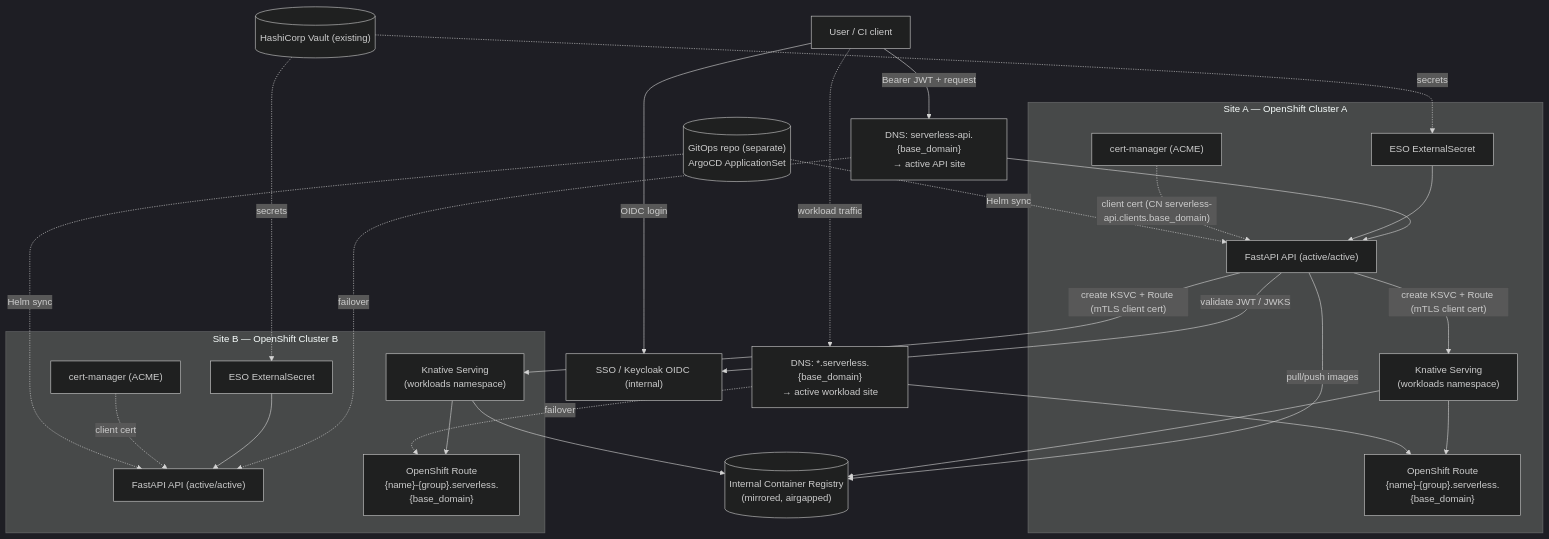
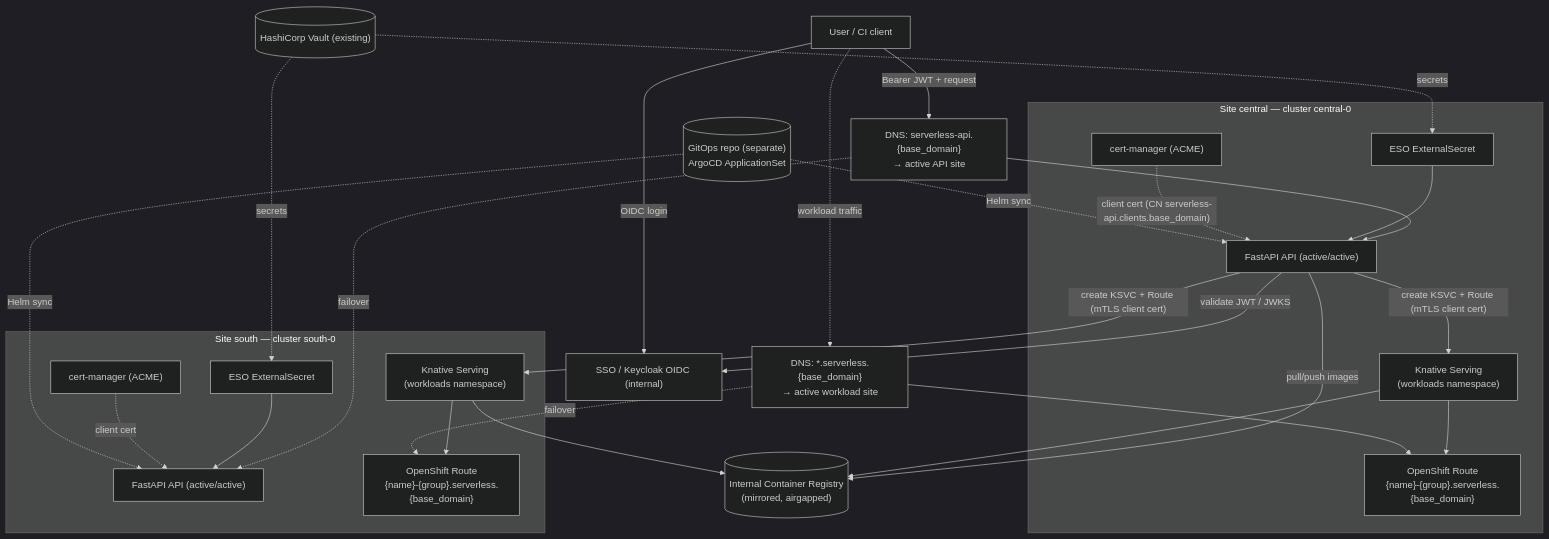
Before and after one commit to black-cloudlet/serverless: the first of 7 diagrams in docs/ARCHITECTURE.md, drawn with Mermaid (dark theme). The commit also changed other lines of this file and 4 other files, not shown here.

First line of the commit message:
refactor: site=region (central/south), cluster=central-0/south-0

````diff
--- a/docs/ARCHITECTURE.md
+++ b/docs/ARCHITECTURE.md
@@ -107,53 +107,53 @@
 ```mermaid
 flowchart TB
     U["User / CI client"]
     DNSAPI["DNS: serverless-api.{base_domain}<br/>→ active API site"]
     DNSAPP["DNS: *.serverless.{base_domain}<br/>→ active workload site"]
     KC["SSO / Keycloak OIDC (internal)"]
     REG[("Internal Container Registry<br/>(mirrored, airgapped)")]
     V[("HashiCorp Vault (existing)")]
     GIT[("GitOps repo (separate)<br/>ArgoCD ApplicationSet")]
 
-    subgraph ZA["Site A — OpenShift Cluster A"]
+    subgraph ZA["Site central — cluster central-0"]
         APIA["FastAPI API (active/active)"]
         KNA["Knative Serving<br/>(workloads namespace)"]
         RTA["OpenShift Route<br/>{name}-{group}.serverless.{base_domain}"]
         ESOA["ESO ExternalSecret"]
         CMA["cert-manager (ACME)"]
         KNA --> RTA
     end
 
-    subgraph ZB["Site B — OpenShift Cluster B"]
+    subgraph ZB["Site south — cluster south-0"]
         APIB["FastAPI API (active/active)"]
         KNB["Knative Serving<br/>(workloads namespace)"]
         RTB["OpenShift Route<br/>{name}-{group}.serverless.{base_domain}"]
         ESOB["ESO ExternalSecret"]
         CMB["cert-manager (ACME)"]
         KNB --> RTB
     end
 
     U -->|OIDC login| KC
     U -->|Bearer JWT + request| DNSAPI
     DNSAPI --> APIA
     DNSAPI -. failover .-> APIB
 
     APIA -->|"validate JWT / JWKS"| KC
     APIA -->|"create KSVC + Route (mTLS client cert)"| KNA
     APIA -->|"create KSVC + Route (mTLS client cert)"| KNB
     APIA -->|"pull/push images"| REG
     KNA --> REG
     KNB --> REG
 
     V -. secrets .-> ESOA
     ESOA --> APIA
     V -. secrets .-> ESOB
     ESOB --> APIB
     CMA -. "client cert (CN serverless-api.clients.base_domain)" .-> APIA
     CMB -. "client cert" .-> APIB
     GIT -. "Helm sync" .-> APIA
     GIT -. "Helm sync" .-> APIB
 
     U -.->|"workload traffic"| DNSAPP
     DNSAPP --> RTA
     DNSAPP -. failover .-> RTB
 ```
````
